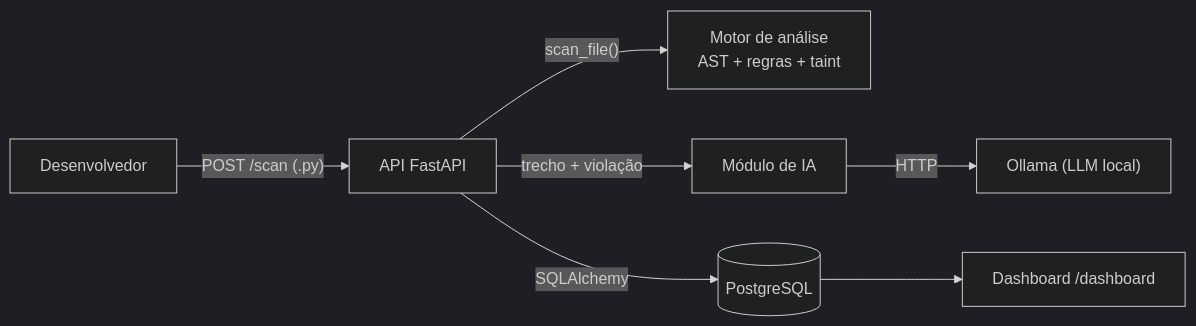
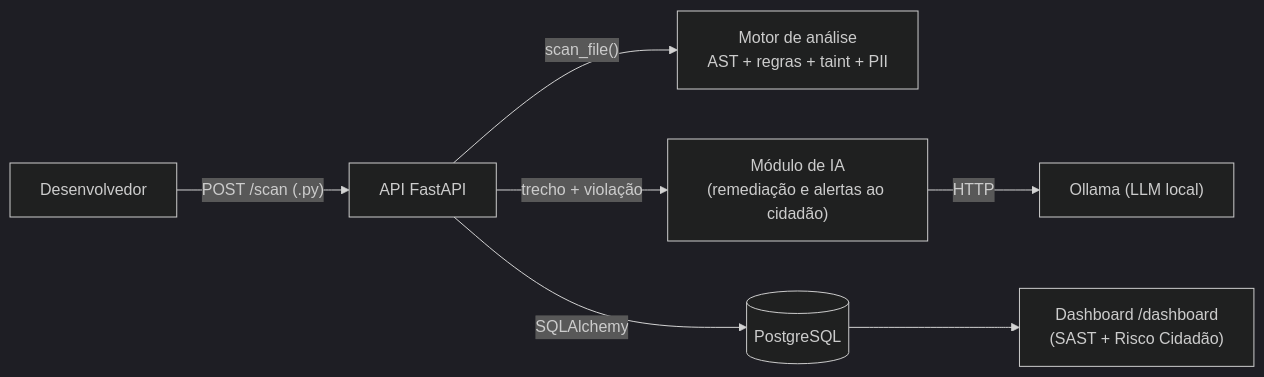
The first of 2 diagrams in README.md (wendelldsant/sast-devsecops-platform), drawn with Mermaid (dark theme) before and after one commit. The commit also changed other lines of this file and 4 other files, not shown here.

````diff
--- a/README.md
+++ b/README.md
@@ -61,9 +67,9 @@
 ```mermaid
 flowchart LR
     dev["Desenvolvedor"] -->|"POST /scan (.py)"| api["API FastAPI"]
-    api -->|"scan_file()"| engine["Motor de análise<br/>AST + regras + taint"]
-    api -->|"trecho + violação"| ai["Módulo de IA"]
+    api -->|"scan_file()"| engine["Motor de análise<br/>AST + regras + taint + PII"]
+    api -->|"trecho + violação"| ai["Módulo de IA<br/>(remediação e alertas ao cidadão)"]
     ai -->|"HTTP"| ollama["Ollama (LLM local)"]
     api -->|"SQLAlchemy"| db[("PostgreSQL")]
-    db --> dash["Dashboard /dashboard"]
+    db --> dash["Dashboard /dashboard<br/>(SAST + Risco Cidadão)"]
 ```
````
